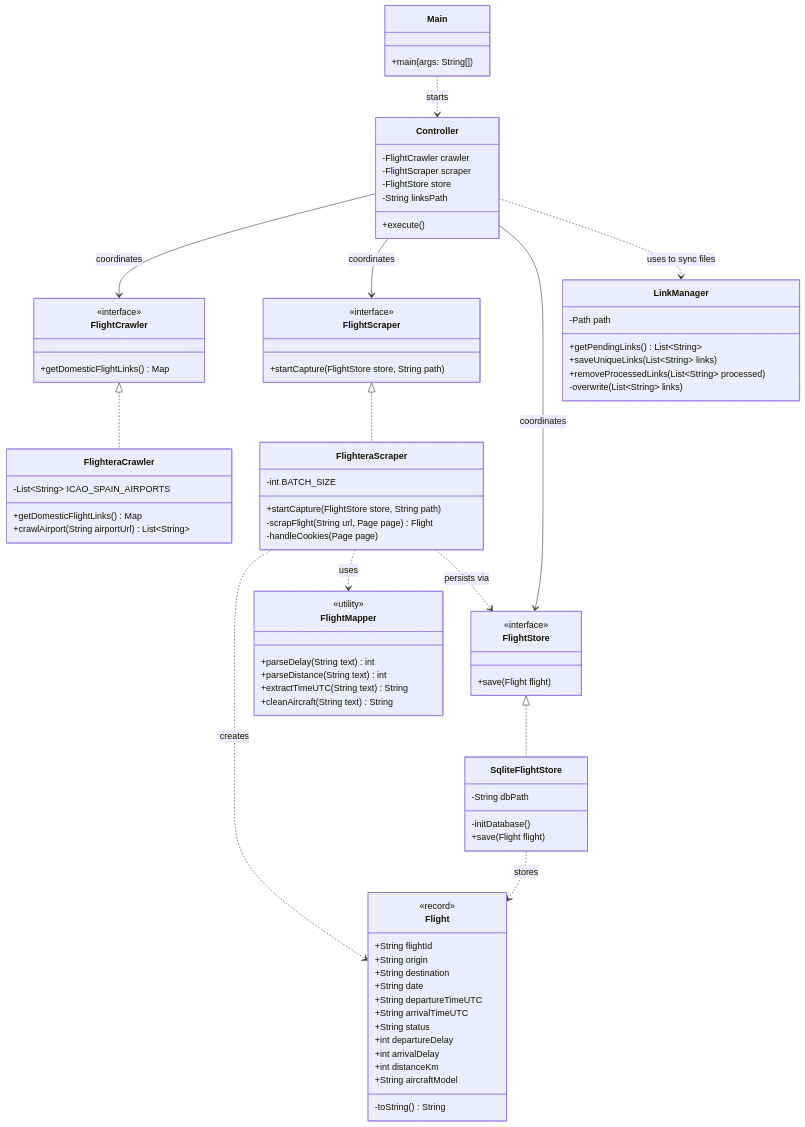
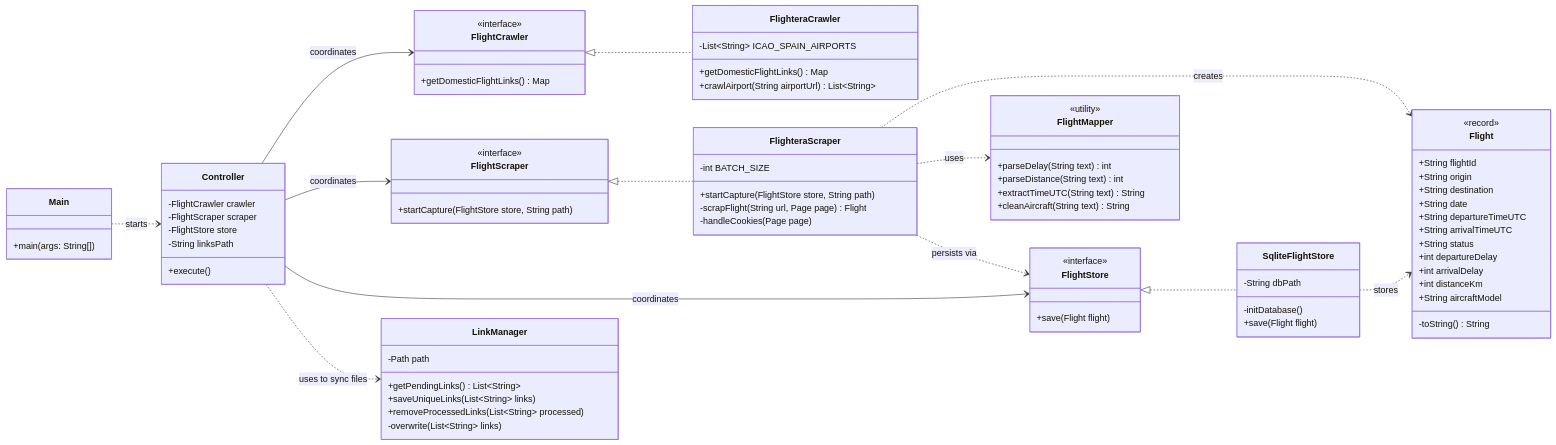
The second of 3 diagrams in readme.md (NoVibesJustCode/sky-delay-forecast), drawn with Mermaid before and after one commit.

Commit message:
docs: modify flight module architecture diagram orientation

````diff
--- a/readme.md
+++ b/readme.md
@@ -76,6 +76,6 @@
 ```mermaid
 classDiagram
-    direction TB
+    direction LR
 
     class Controller {
         -FlightCrawler crawler
````
